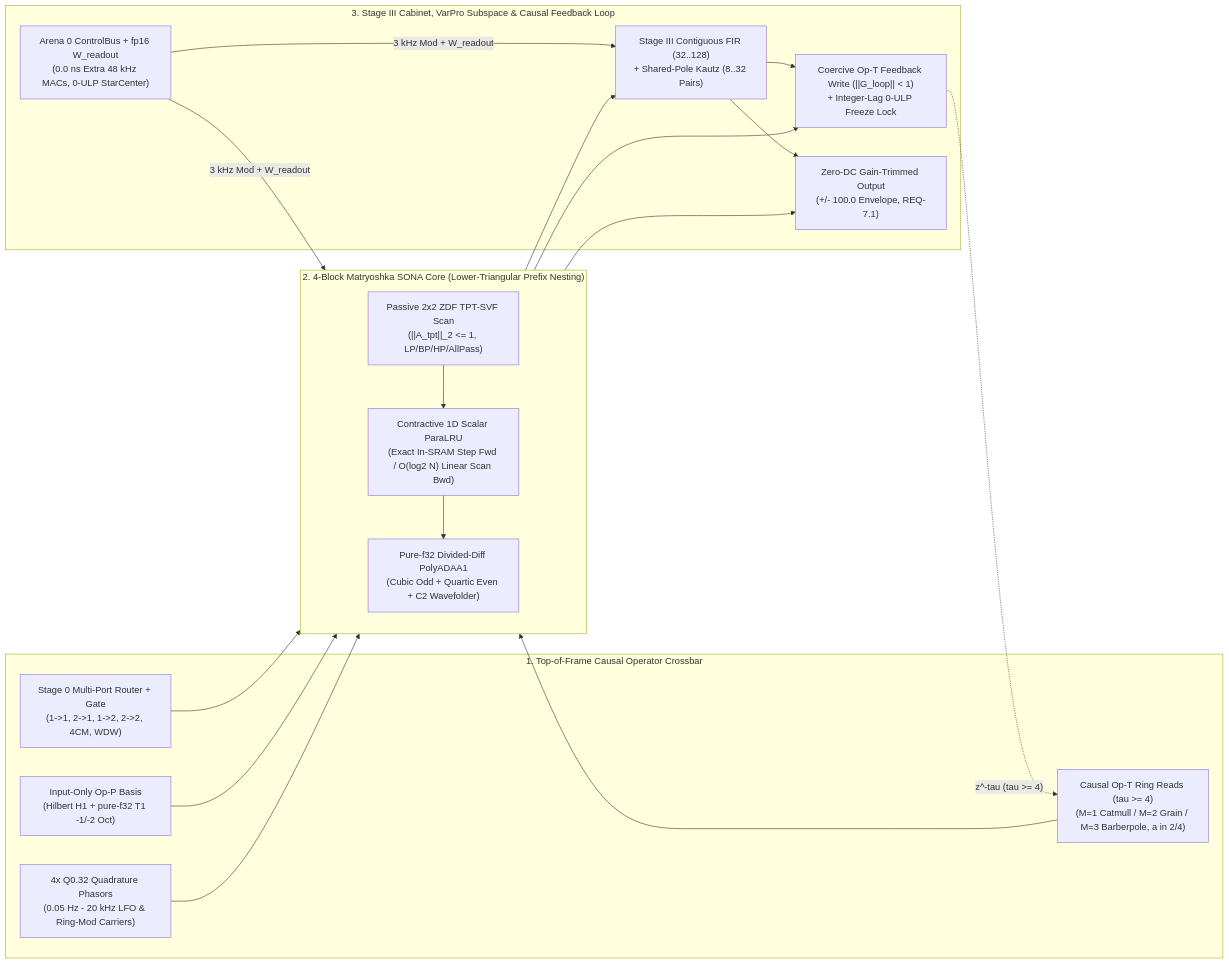
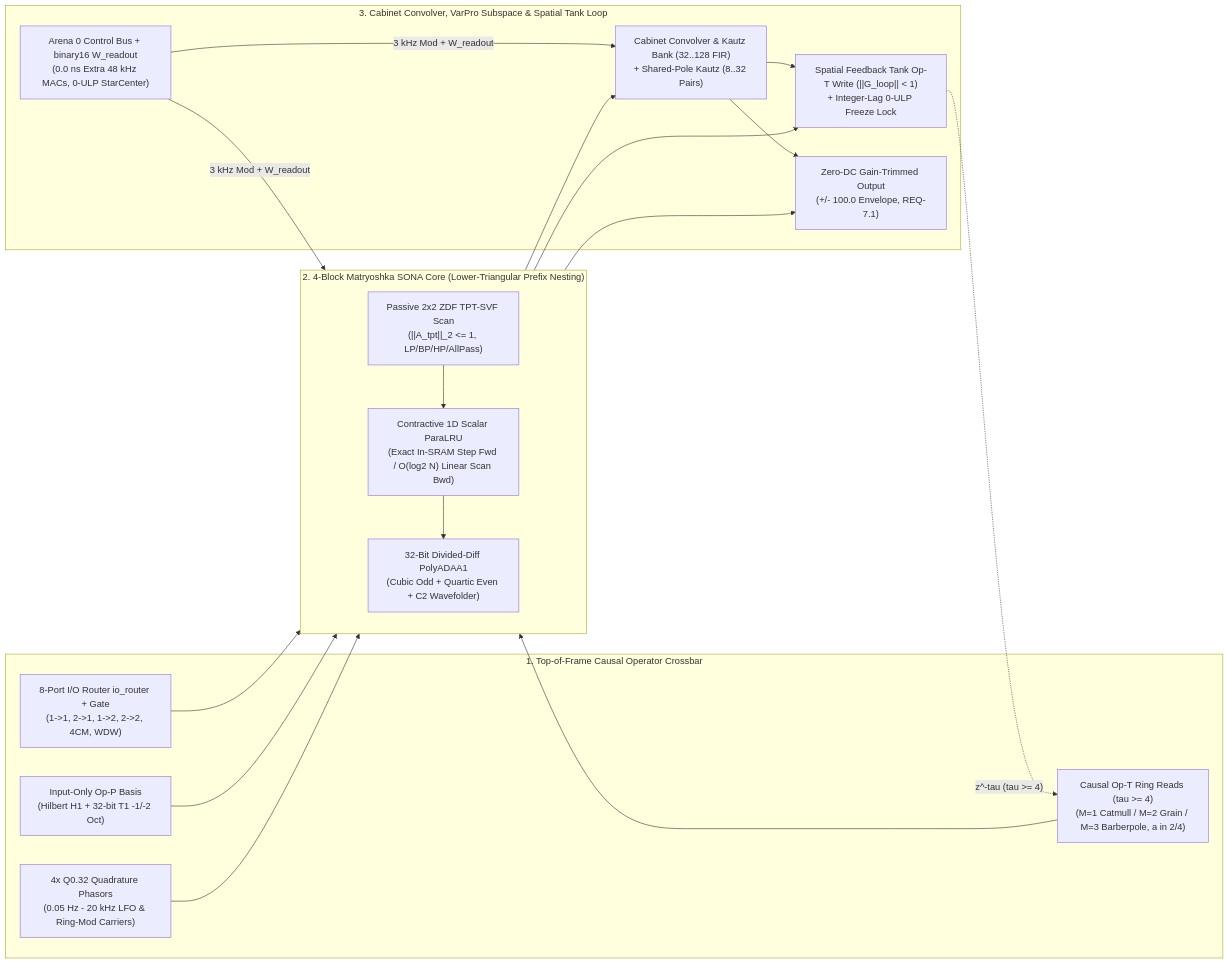
Before and after one commit to mokugen/dnam: the first of 7 diagrams in docs/specs/architecture/sona_architecture.md, drawn with Mermaid. The commit also changed other lines of this file and 198 other files, not shown here.

````diff
--- a/docs/specs/architecture/sona_architecture.md
+++ b/docs/specs/architecture/sona_architecture.md
@@ -57,29 +80,29 @@
 ```mermaid
 flowchart LR
     subgraph TopCrossbar ["1. Top-of-Frame Causal Operator Crossbar"]
-        Router["Stage 0 Multi-Port Router + Gate<br/>(1->1, 2->1, 1->2, 2->2, 4CM, WDW)"]
-        OpP["Input-Only Op-P Basis<br/>(Hilbert H1 + pure-f32 T1 -1/-2 Oct)"]
+        Router["8-Port I/O Router io_router + Gate<br/>(1->1, 2->1, 1->2, 2->2, 4CM, WDW)"]
+        OpP["Input-Only Op-P Basis<br/>(Hilbert H1 + 32-bit T1 -1/-2 Oct)"]
         Phasors["4x Q0.32 Quadrature Phasors<br/>(0.05 Hz - 20 kHz LFO & Ring-Mod Carriers)"]
         OpTRead["Causal Op-T Ring Reads (tau >= 4)<br/>(M=1 Catmull / M=2 Grain / M=3 Barberpole, a in 2/4)"]
     end
 
     subgraph SonaCore ["2. 4-Block Matryoshka SONA Core (Lower-Triangular Prefix Nesting)"]
         SVF["Passive 2x2 ZDF TPT-SVF Scan<br/>(||A_tpt||_2 <= 1, LP/BP/HP/AllPass)"]
         LRU["Contractive 1D Scalar ParaLRU<br/>(Exact In-SRAM Step Fwd / O(log2 N) Linear Scan Bwd)"]
-        ADAA["Pure-f32 Divided-Diff PolyADAA1<br/>(Cubic Odd + Quartic Even + C2 Wavefolder)"]
+        ADAA["32-Bit Divided-Diff PolyADAA1<br/>(Cubic Odd + Quartic Even + C2 Wavefolder)"]
         SVF --> LRU --> ADAA
     end
 
-    subgraph ReadoutLoop ["3. Stage III Cabinet, VarPro Subspace & Causal Feedback Loop"]
-        Cab["Stage III Contiguous FIR (32..128)<br/>+ Shared-Pole Kautz (8..32 Pairs)"]
-        Ctrl["Arena 0 ControlBus + fp16 W_readout<br/>(0.0 ns Extra 48 kHz MACs, 0-ULP StarCenter)"]
-        LoopFB["Coercive Op-T Feedback Write (||G_loop|| < 1)<br/>+ Integer-Lag 0-ULP Freeze Lock"]
+    subgraph ReadoutLoop ["3. Cabinet Convolver, VarPro Subspace & Spatial Tank Loop"]
+        Cab["Cabinet Convolver & Kautz Bank (32..128 FIR)<br/>+ Shared-Pole Kautz (8..32 Pairs)"]
+        Ctrl["Arena 0 Control Bus + binary16 W_readout<br/>(0.0 ns Extra 48 kHz MACs, 0-ULP StarCenter)"]
+        LoopFB["Spatial Feedback Tank Op-T Write (||G_loop|| < 1)<br/>+ Integer-Lag 0-ULP Freeze Lock"]
         Out["Zero-DC Gain-Trimmed Output<br/>(+/- 100.0 Envelope, REQ-7.1)"]
     end
 
     Router & OpP & Phasors & OpTRead --> SonaCore
     SonaCore --> Cab --> Out
     SonaCore --> Out
     Ctrl -->|"3 kHz Mod + W_readout"| SonaCore & Cab
     SonaCore & Cab --> LoopFB -. "z^-tau (tau >= 4)" .-> OpTRead
 ```
````
